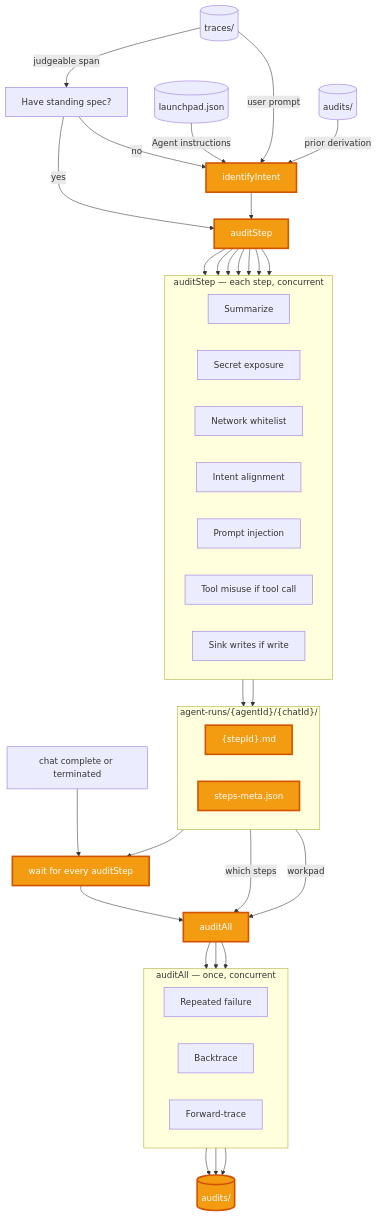
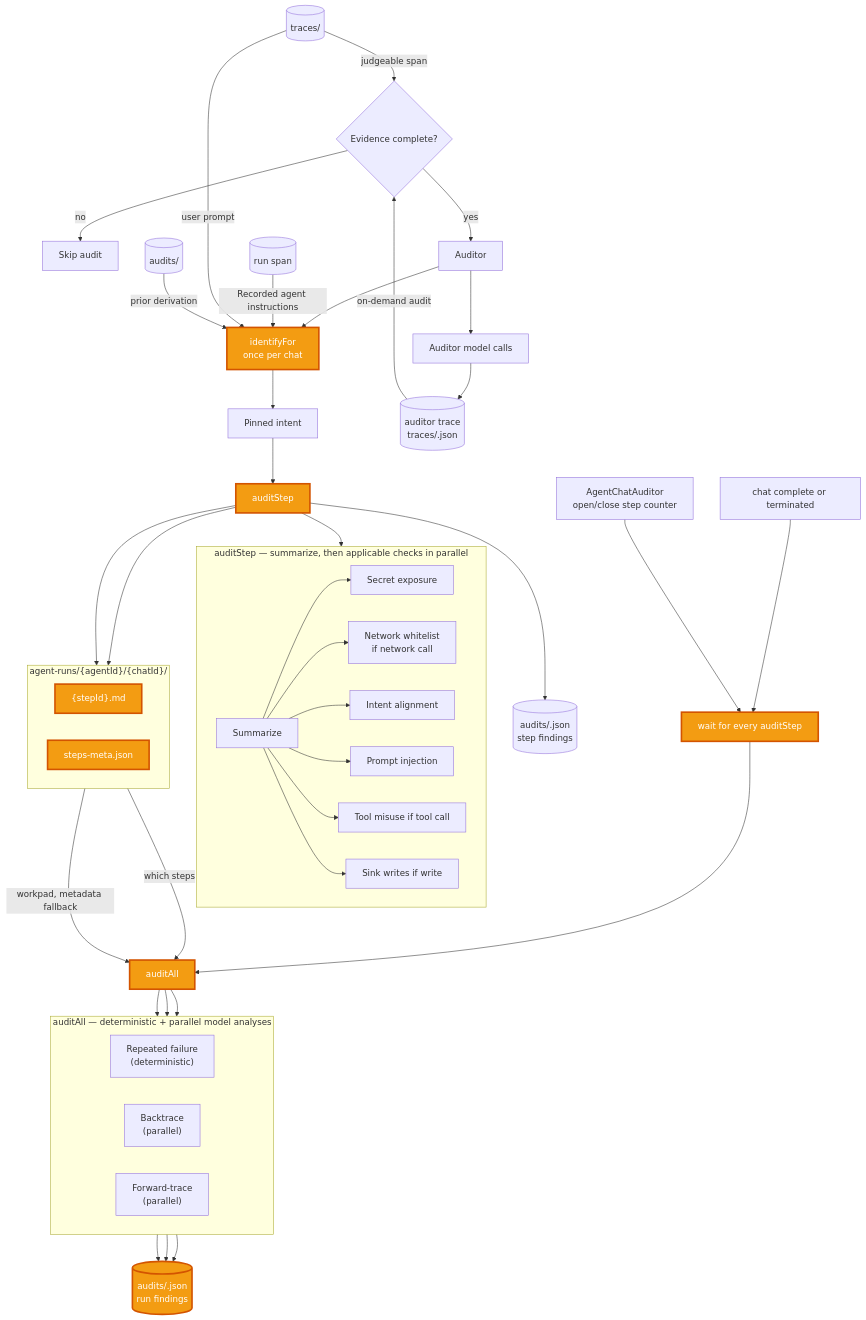
One commit to Not-jovan/Monkey changed the second of 3 diagrams in README.md. Above: the diagram before and after it, drawn with Mermaid. The commit also changed other lines of this file, not shown here.

````diff
--- a/README.md
+++ b/README.md
@@ -147,69 +147,75 @@
 ```mermaid
 flowchart TB
-    Traces[("traces/")] -->|judgeable span| Spec["Have standing spec?"]
+    Traces[("traces/")] -->|judgeable span| Evidence{"Evidence complete?"}
+    Evidence -->|no| Skip["Skip audit"]
+    Evidence -->|yes| Auditor["Auditor"]
+    Auditor --> Identify["identifyFor<br/>once per chat"]
+    Identify --> Intent["Pinned intent"]
+    Intent --> Step[auditStep]
 
-    Spec -->|no| Identify[identifyIntent]
-    Spec -->|yes| Step[auditStep]
-    Identify --> Step
-
-    Agents[("launchpad.json")] -->|Agent instructions| Identify
+    RunSpan[("run span")] -->|Recorded agent instructions| Identify
     Traces -->|user prompt| Identify
     AuditsIn[("audits/")] -->|prior derivation| Identify
 
-    subgraph stepPhase ["auditStep — each step, concurrent"]
+    subgraph stepPhase ["auditStep — summarize, then applicable checks in parallel"]
         direction LR
         S0["Summarize"]
         S1["Secret exposure"]
-        S2["Network whitelist"]
+        S2["Network whitelist<br/>if network call"]
         S3["Intent alignment"]
         S4["Prompt injection"]
         S5["Tool misuse if tool call"]
         S6["Sink writes if write"]
     end
 
     Step --> S0
-    Step --> S1
-    Step --> S2
-    Step --> S3
-    Step --> S4
-    Step --> S5
-    Step --> S6
+    S0 --> S1
+    S0 --> S2
+    S0 --> S3
+    S0 --> S4
+    S0 --> S5
+    S0 --> S6
 
     subgraph memory ["agent-runs/{agentId}/{chatId}/"]
         direction LR
         StepMd["{stepId}.md"]
         Meta["steps-meta.json"]
     end
 
-    stepPhase --> StepMd
-    stepPhase --> Meta
+    Step --> StepMd
+    Step --> Meta
+    Step --> StepFindings[("audits/<traceId>.json<br/>step findings")]
 
     Ended["chat complete or terminated"] --> Gate["wait for every auditStep"]
-    Meta --> Gate
+    StepTracker["AgentChatAuditor<br/>open/close step counter"] --> Gate
     Gate --> All[auditAll]
 
-    subgraph runPhase ["auditAll — once, concurrent"]
+    subgraph runPhase ["auditAll — deterministic + parallel model analyses"]
         direction LR
-        A1["Repeated failure"]
-        A2["Backtrace"]
-        A3["Forward-trace"]
+        A1["Repeated failure<br/>(deterministic)"]
+        A2["Backtrace<br/>(parallel)"]
+        A3["Forward-trace<br/>(parallel)"]
     end
 
     All --> A1
     All --> A2
     All --> A3
     Meta -->|which steps| All
-    StepMd -->|workpad| All
+    StepMd -->|workpad, metadata fallback| All
 
-    A1 --> Findings[("audits/")]
+    A1 --> Findings[("audits/<traceId>.json<br/>run findings")]
     A2 --> Findings
     A3 --> Findings
+
+    Auditor --> ModelCalls["Auditor model calls"]
+    ModelCalls --> AuditorTrace[("auditor trace<br/>traces/<traceId>.json")]
+    AuditorTrace -->|on-demand audit| Evidence
 
     style Identify fill:#f39c12,stroke:#d35400,stroke-width:3px,color:#ffffff
     style Step fill:#f39c12,stroke:#d35400,stroke-width:3px,color:#ffffff
     style All fill:#f39c12,stroke:#d35400,stroke-width:3px,color:#ffffff
     style Gate fill:#f39c12,stroke:#d35400,stroke-width:3px,color:#ffffff
     style StepMd fill:#f39c12,stroke:#d35400,stroke-width:3px,color:#ffffff
     style Meta fill:#f39c12,stroke:#d35400,stroke-width:3px,color:#ffffff
     style Findings fill:#f39c12,stroke:#d35400,stroke-width:3px,color:#ffffff
 ```
````
